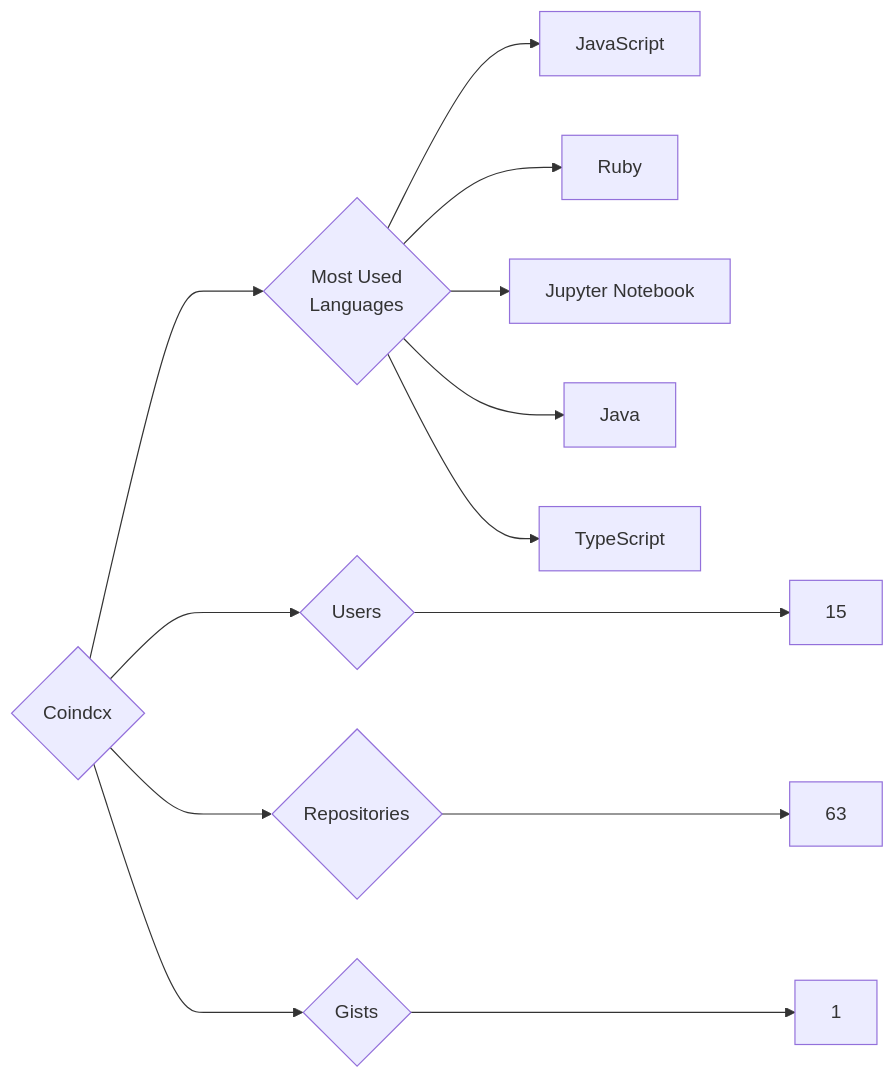
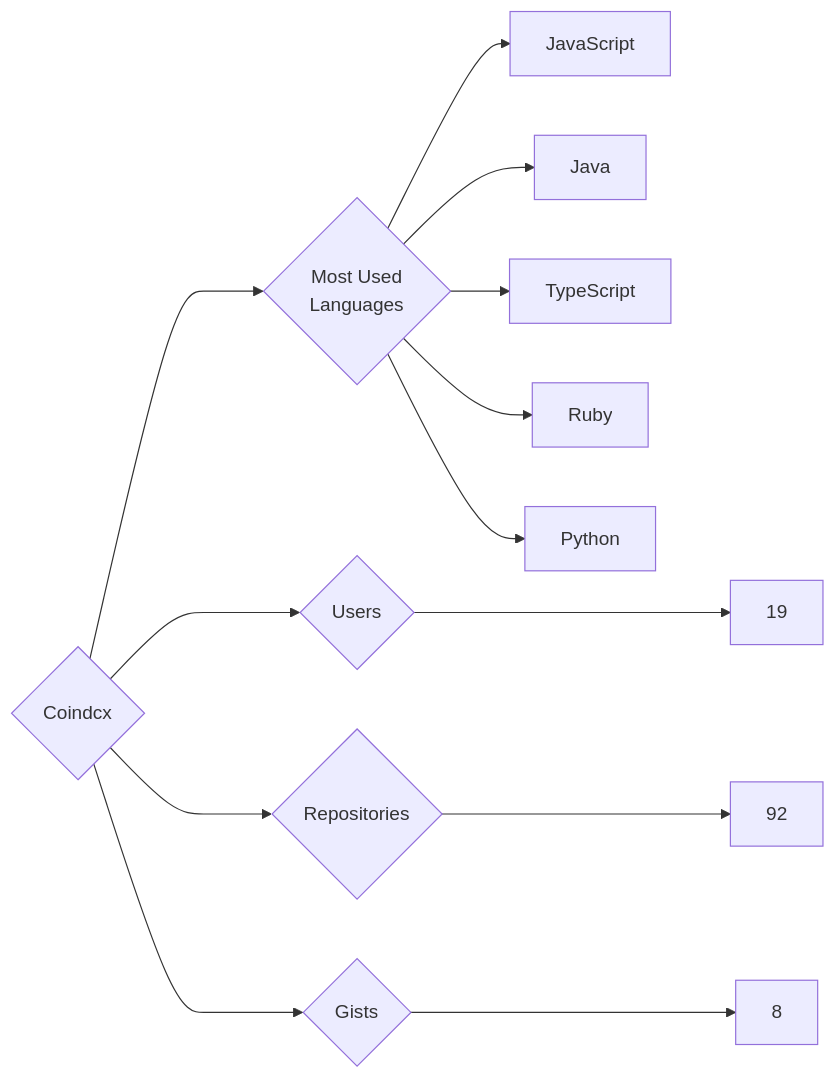
The diagram in targets/Coindcx/README.md (trickest/insiders), drawn with Mermaid before and after one commit. The commit also changed 984 other files, not shown here.

````diff
--- a/targets/Coindcx/README.md
+++ b/targets/Coindcx/README.md
@@ -3,13 +3,13 @@
 ```mermaid
 graph LR
 COMPANY_NAME{Coindcx}
-COMPANY_NAME ---> U{Users} ---> UN[15]
-COMPANY_NAME ---> R{Repositories} ---> RN[63]
-COMPANY_NAME ---> G{Gists} ---> GN[1]
+COMPANY_NAME ---> U{Users} ---> UN[19]
+COMPANY_NAME ---> R{Repositories} ---> RN[92]
+COMPANY_NAME ---> G{Gists} ---> GN[8]
 COMPANY_NAME ---> ML{Most Used<br>Languages}
 ML --> JavaScript[JavaScript]
-ML --> Ruby[Ruby]
-ML --> Jupyter_Notebook[Jupyter Notebook]
 ML --> Java[Java]
 ML --> TypeScript[TypeScript]
+ML --> Ruby[Ruby]
+ML --> Python[Python]
 ```
````
